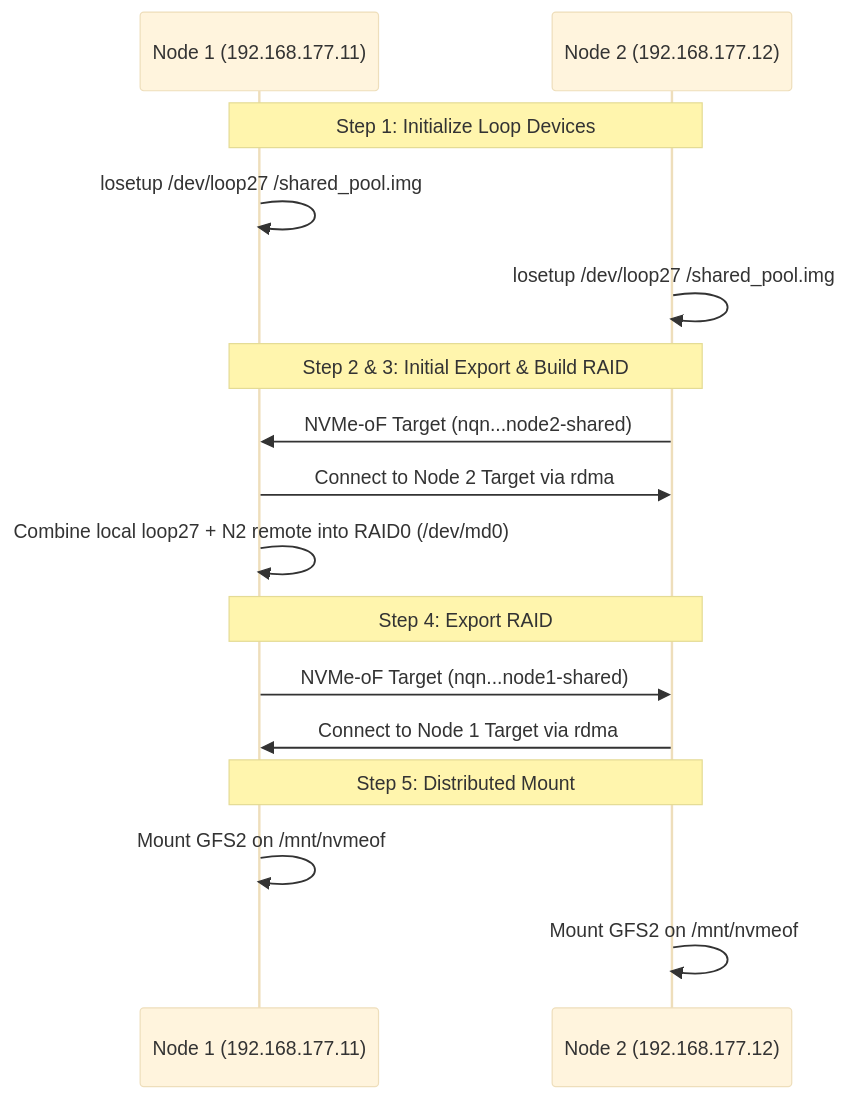
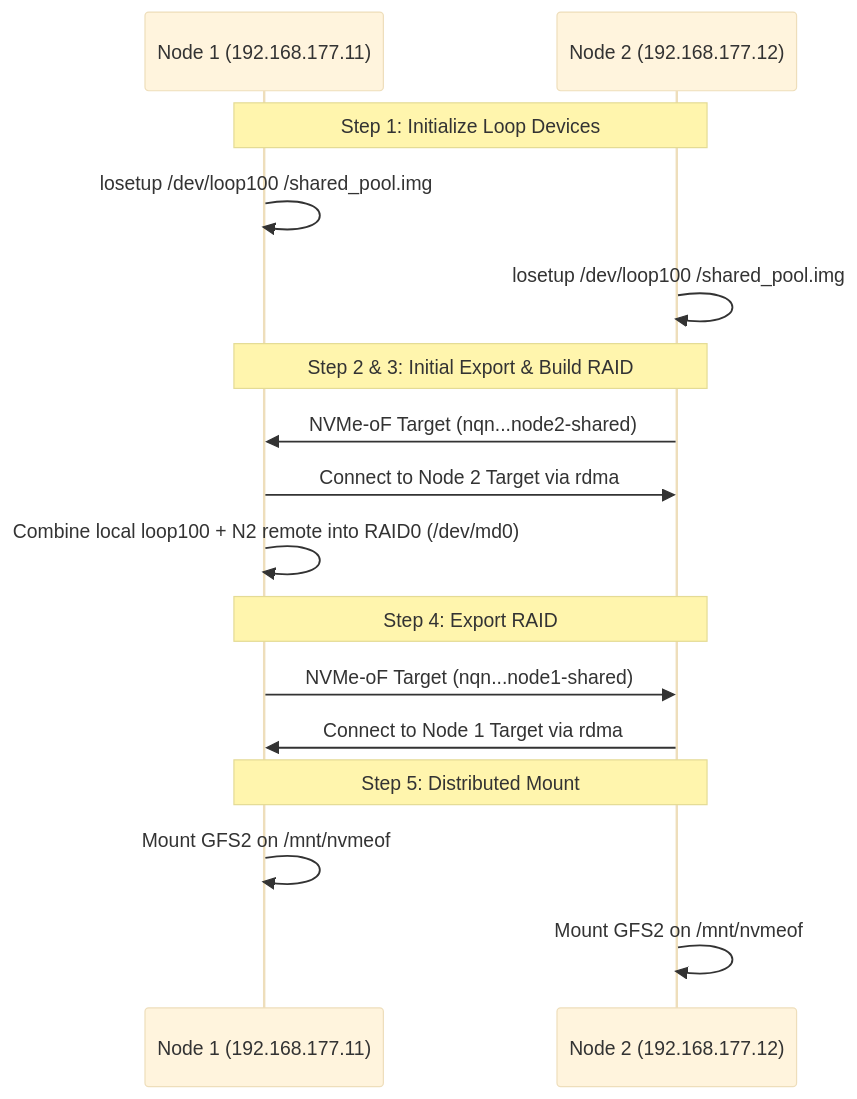
Before and after one commit to seanlinmt/spark-storage-cluster: the diagram in README.md, drawn with Mermaid (base theme). The commit also changed other lines of this file and 4 other files, not shown here.

````diff
--- a/README.md
+++ b/README.md
@@ -29,22 +29,22 @@
 ```mermaid
 sequenceDiagram
     participant N1 as Node 1 (192.168.177.11)
     participant N2 as Node 2 (192.168.177.12)
 
     Note over N1,N2: Step 1: Initialize Loop Devices
-    N1->>N1: losetup /dev/loop27 /shared_pool.img
-    N2->>N2: losetup /dev/loop27 /shared_pool.img
+    N1->>N1: losetup /dev/loop100 /shared_pool.img
+    N2->>N2: losetup /dev/loop100 /shared_pool.img
 
     Note over N1,N2: Step 2 & 3: Initial Export & Build RAID
     N2->>N1: NVMe-oF Target (nqn...node2-shared)
     N1->>N2: Connect to Node 2 Target via rdma
-    N1->>N1: Combine local loop27 + N2 remote into RAID0 (/dev/md0)
+    N1->>N1: Combine local loop100 + N2 remote into RAID0 (/dev/md0)
 
     Note over N1,N2: Step 4: Export RAID
     N1->>N2: NVMe-oF Target (nqn...node1-shared)
     N2->>N1: Connect to Node 1 Target via rdma
 
     Note over N1,N2: Step 5: Distributed Mount
     N1->>N1: Mount GFS2 on /mnt/nvmeof
     N2->>N2: Mount GFS2 on /mnt/nvmeof
 ```
````
